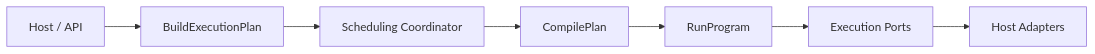
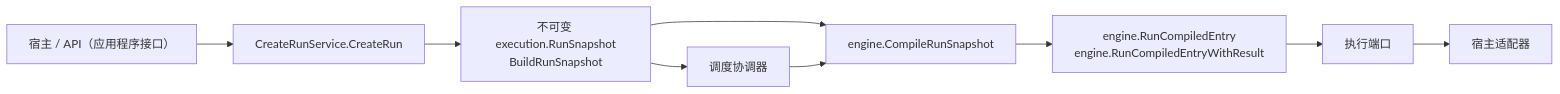
One commit to Capsule7446/healix-core changed the diagram in docs/integration/public-contract.md. Above: the diagram before and after it, drawn with Mermaid. The commit also changed other lines of this file and 180 other files, not shown here.

````diff
--- a/docs/integration/public-contract.md
+++ b/docs/integration/public-contract.md
@@ -9,9 +9,11 @@
 ```mermaid
 flowchart LR
-  Host[Host / API] --> Build[BuildExecutionPlan]
-  Build --> Schedule[Scheduling Coordinator]
-  Schedule --> Compile[CompilePlan]
-  Compile --> Run[RunProgram]
-  Run --> Ports[Execution Ports]
-  Ports --> Adapters[Host Adapters]
+  Host[宿主 / API（应用程序接口）] --> Create[CreateRunService.CreateRun]
+  Create --> Snapshot[不可变 execution.RunSnapshot<br/>BuildRunSnapshot]
+  Snapshot --> Schedule[调度协调器]
+  Snapshot --> Compile[engine.CompileRunSnapshot]
+  Schedule --> Compile
+  Compile --> Run[engine.RunCompiledEntry<br/>engine.RunCompiledEntryWithResult]
+  Run --> Ports[执行端口]
+  Ports --> Adapters[宿主适配器]
 ```
````
